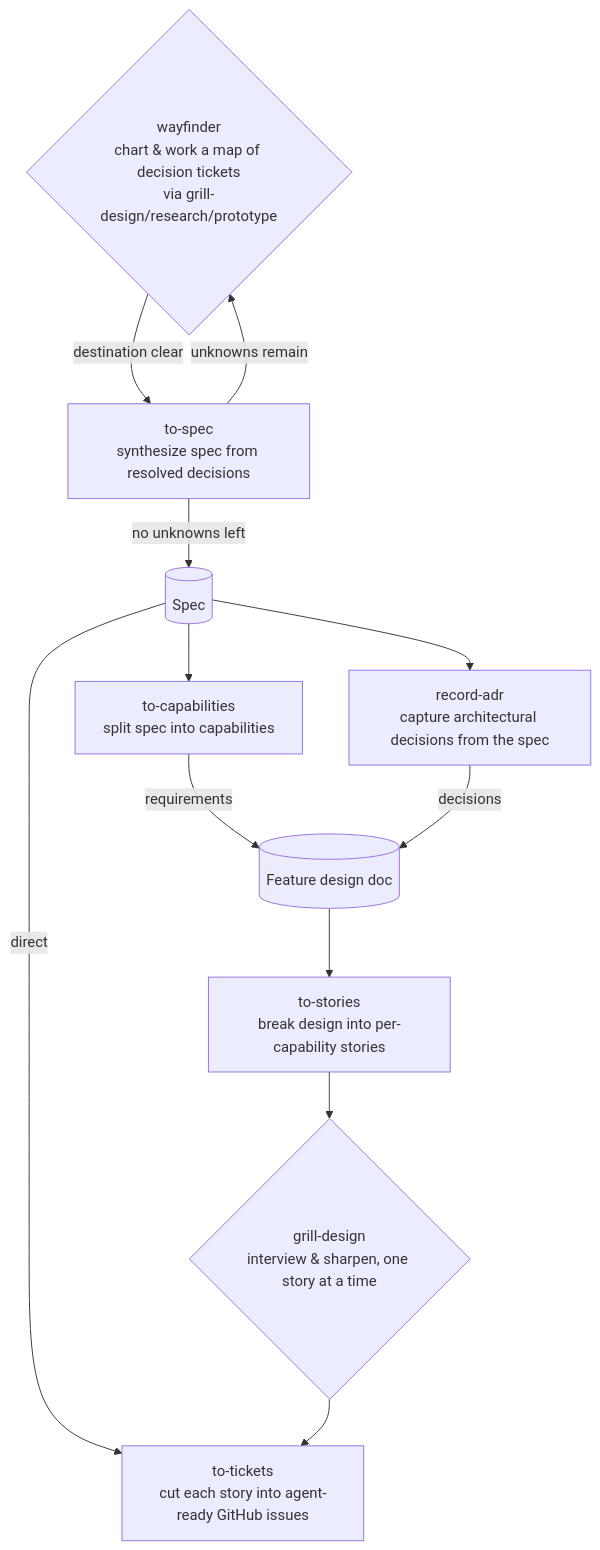
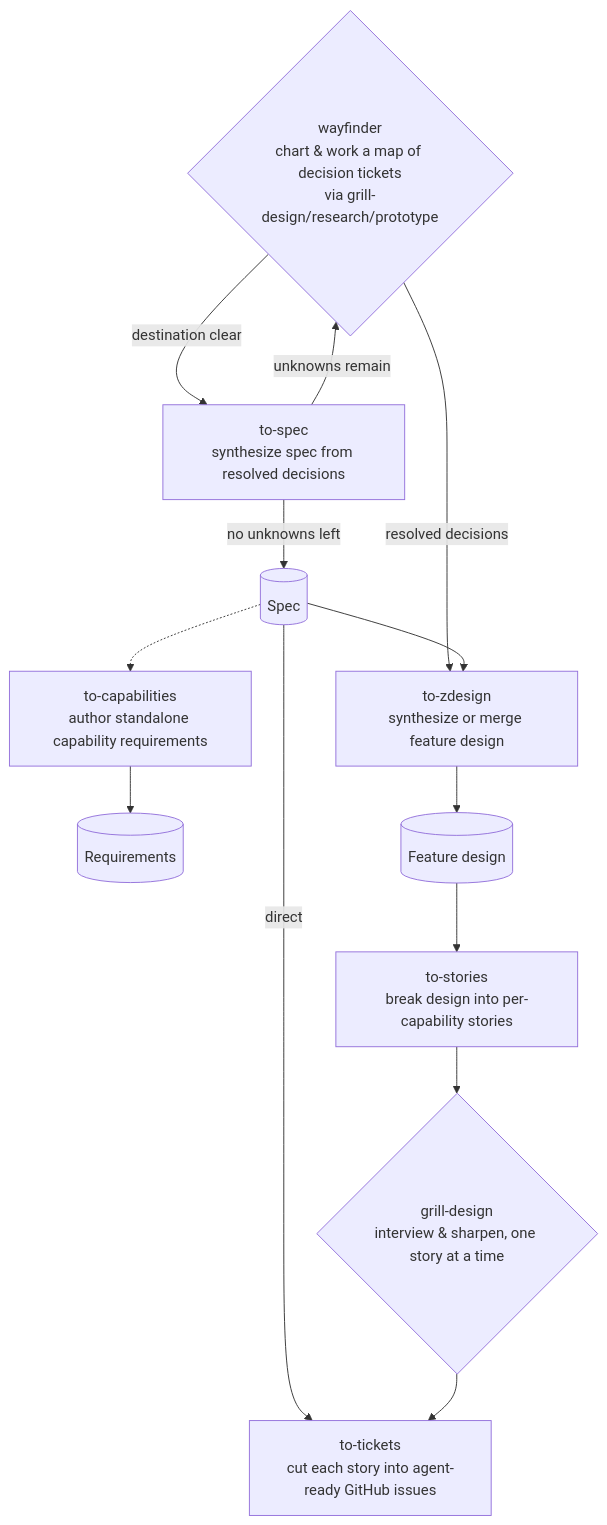
One commit to antshc/brain changed the diagram in plugins/wf/README.md. Above: the diagram before and after it, drawn with Mermaid. The commit also changed other lines of this file and 7 other files, not shown here.

````diff
--- a/plugins/wf/README.md
+++ b/plugins/wf/README.md
@@ -13,17 +14,19 @@
 ```mermaid
 flowchart TD
     W{wayfinder<br/>chart & work a map of decision tickets<br/>via grill-design/research/prototype} -->|destination clear| S[to-spec<br/>synthesize spec from resolved decisions]
     S -->|unknowns remain| W
     S -->|no unknowns left| SPEC[(Spec)]
 
     SPEC -->|direct| TICKETS
 
-    SPEC --> CAP[to-capabilities<br/>split spec into capabilities]
-    CAP -->|requirements| DESIGN[(Feature design doc)]
-    SPEC --> ADR[record-adr<br/>capture architectural decisions from the spec]
-    ADR -->|decisions| DESIGN
+    SPEC -.-> CAP[to-capabilities<br/>author standalone capability requirements]
+    CAP --> REQS[(Requirements)]
+
+    W -->|resolved decisions| ZD[to-zdesign<br/>synthesize or merge feature design]
+    SPEC --> ZD
+    ZD --> DESIGN[(Feature design)]
 
     DESIGN --> STORIES[to-stories<br/>break design into per-capability stories]
     STORIES --> GRILL{grill-design<br/>interview & sharpen, one story at a time}
     GRILL --> TICKETS[to-tickets<br/>cut each story into agent-ready GitHub issues]
 ```
````
